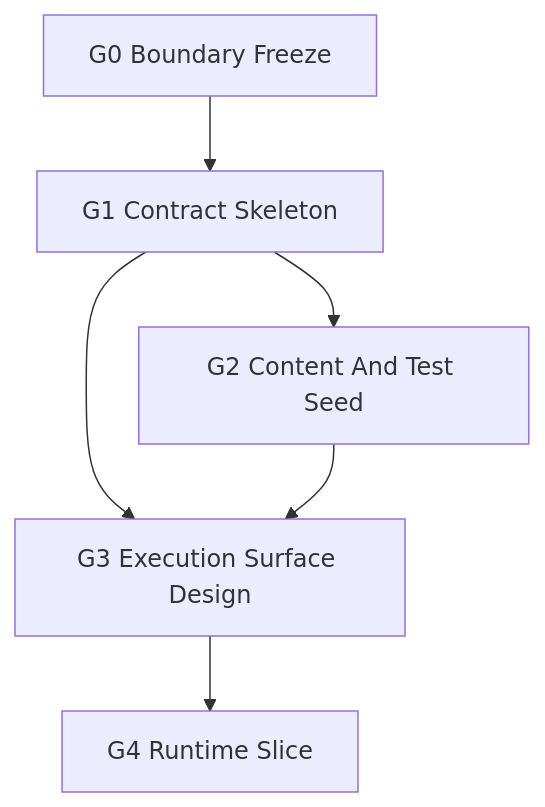
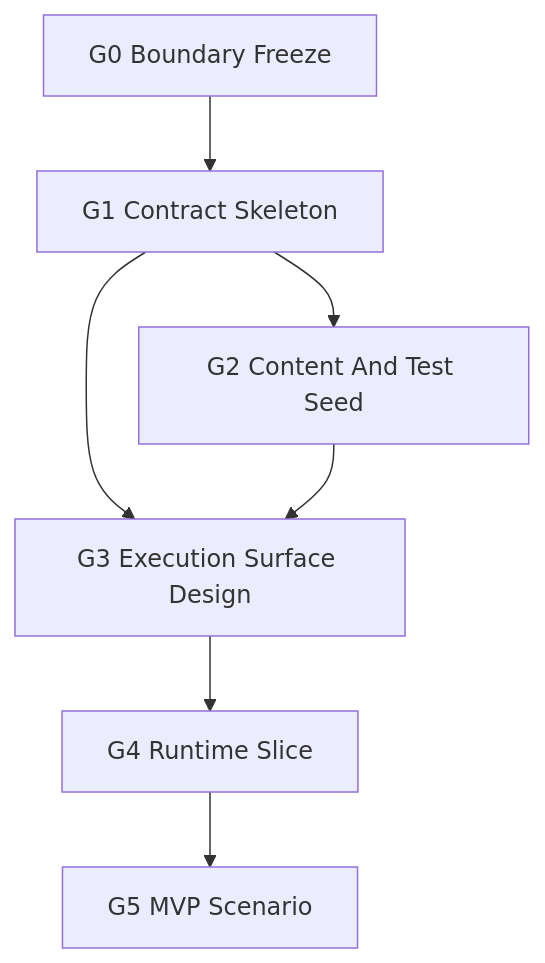
Before and after one commit to Void0312Aurora/Echelon-Forge: the diagram in docs/task/ground/ground_subagent_dispatch_queue_20260521.md, drawn with Mermaid. The commit also changed other lines of this file and 16 other files, not shown here.

Commit message:
Add ground MVP tasking scenario

````diff
--- a/docs/task/ground/ground_subagent_dispatch_queue_20260521.md
+++ b/docs/task/ground/ground_subagent_dispatch_queue_20260521.md
@@ -31,8 +28,9 @@
 ```mermaid
 flowchart TD
     G0["G0 Boundary Freeze"] --> G1["G1 Contract Skeleton"]
     G1 --> G2["G2 Content And Test Seed"]
     G1 --> G3["G3 Execution Surface Design"]
     G2 --> G3
     G3 --> G4["G4 Runtime Slice"]
+    G4 --> G5["G5 MVP Scenario"]
 ```
````
